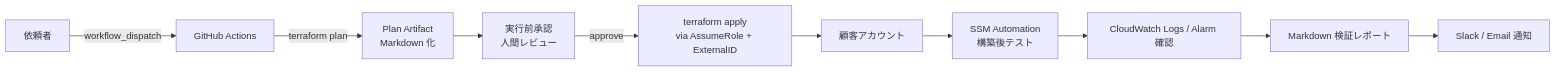
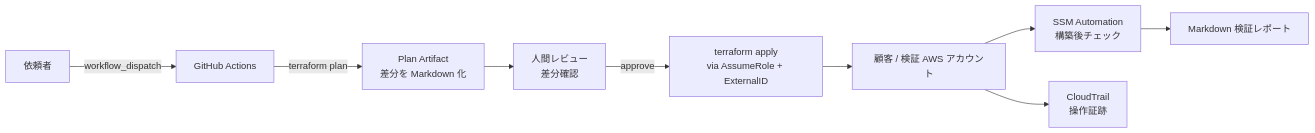
The third of 3 diagrams in aws-deployment-plan.md (Tanasu0417/code-of-life-public), drawn with Mermaid before and after one commit. The commit also changed other lines of this file, not shown here.

First line of the commit message:
refactor: improve AWS migration design portfolio

````diff
--- a/aws-deployment-plan.md
+++ b/aws-deployment-plan.md
@@ -334,12 +265,11 @@
 ```mermaid
 graph LR
-    DEV2[依頼者] -->|workflow_dispatch| GH2[GitHub Actions]
-    GH2 -->|terraform plan| PLAN2[Plan Artifact<br/>Markdown 化]
-    PLAN2 --> REV2[実行前承認<br/>人間レビュー]
-    REV2 -->|approve| APPLY[terraform apply<br/>via AssumeRole + ExternalID]
-    APPLY --> CUST3[顧客アカウント]
-    CUST3 --> SSM4[SSM Automation<br/>構築後テスト]
-    SSM4 --> CW2[CloudWatch Logs / Alarm 確認]
-    CW2 --> RPT2[Markdown 検証レポート]
-    RPT2 --> NOTIFY[Slack / Email 通知]
+    DEV[依頼者] -->|workflow_dispatch| GA[GitHub Actions]
+    GA -->|terraform plan| PLAN[Plan Artifact<br/>差分を Markdown 化]
+    PLAN --> REV[人間レビュー<br/>差分確認]
+    REV -->|approve| APPLY[terraform apply<br/>via AssumeRole + ExternalID]
+    APPLY --> AWS[顧客 / 検証 AWS アカウント]
+    AWS --> SSM[SSM Automation<br/>構築後チェック]
+    SSM --> RPT[Markdown 検証レポート]
+    AWS --> CT[CloudTrail<br/>操作証跡]
 ```
````
